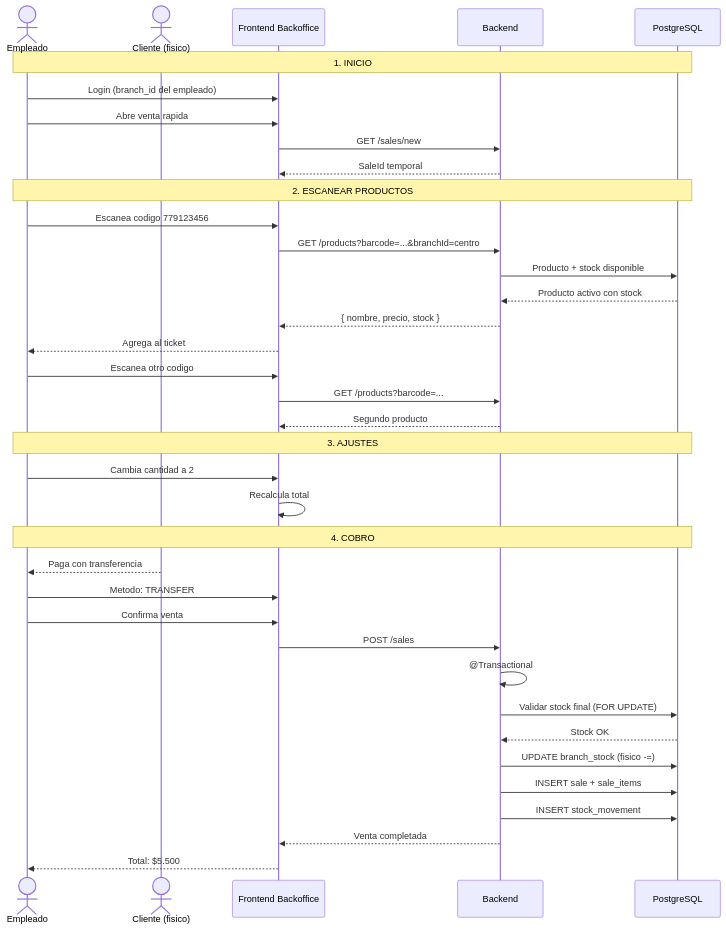
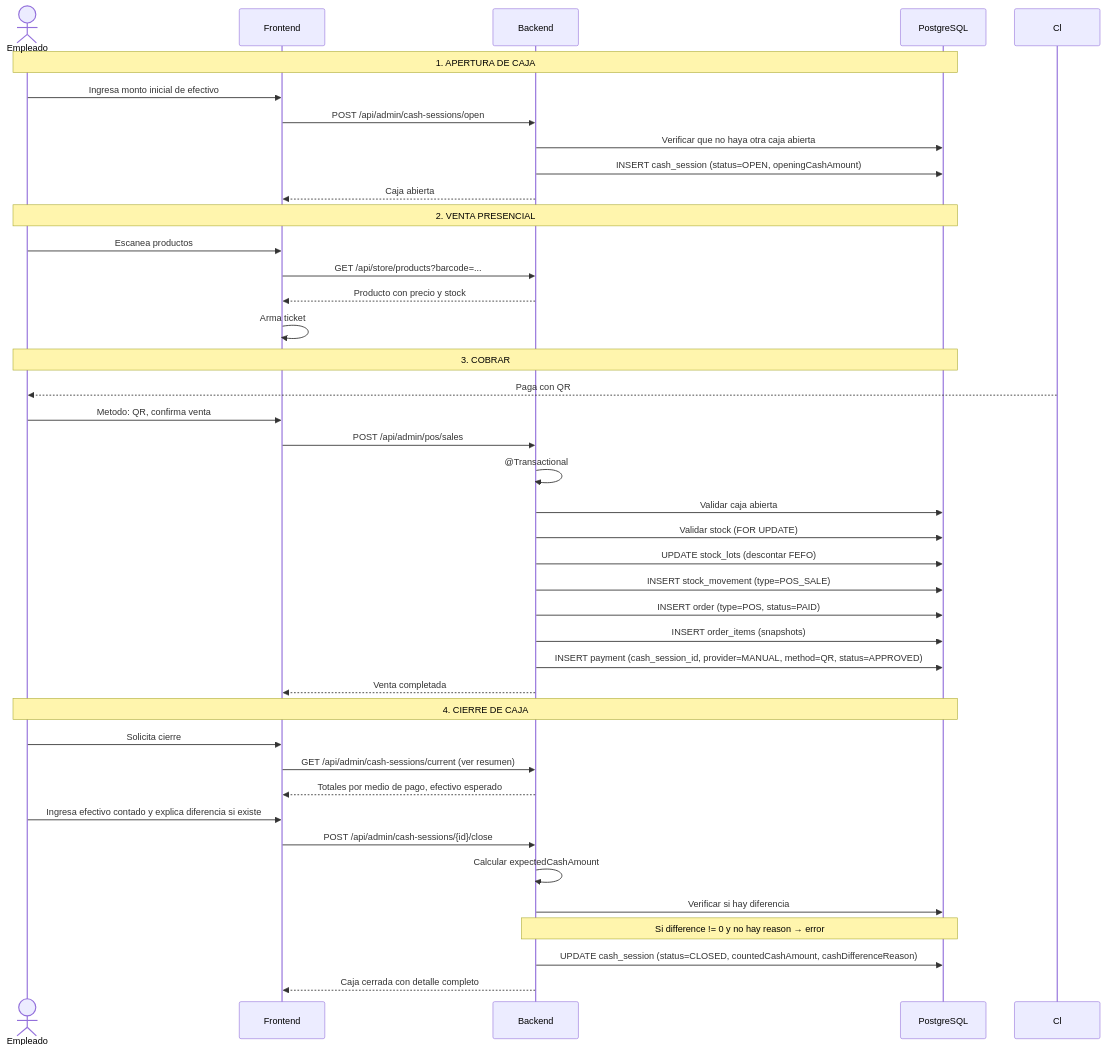
Before and after one commit to NachoOsella/tfi-lembas: the diagram in Documentation/Dietetica Lembas/08 - Procesos/Venta Presencial.md, drawn with Mermaid. The commit also changed other lines of this file and 41 other files, not shown here.

````diff
--- a/Documentation/Dietetica Lembas/08 - Procesos/Venta Presencial.md
+++ b/Documentation/Dietetica Lembas/08 - Procesos/Venta Presencial.md
@@ -15,46 +18,47 @@
 ```mermaid
 %%{init: {"theme": "base", "themeVariables": {"darkMode": true, "background": "#1d2021", "primaryColor": "#32302f", "primaryTextColor": "#d4be98", "primaryBorderColor": "#d4be98", "lineColor": "#d4be98", "secondaryColor": "#32302f", "tertiaryColor": "#1d2021", "textColor": "#d4be98", "noteBkgColor": "#32302f", "noteTextColor": "#d4be98", "noteBorderColor": "#d8a657", "actorBkg": "#32302f", "actorTextColor": "#d4be98", "actorLineColor": "#d4be98", "signalColor": "#7daea3", "signalTextColor": "#d4be98", "labelBoxBkgColor": "#32302f", "labelBoxBorderColor": "#d4be98", "labelTextColor": "#d4be98", "loopTextColor": "#d4be98"}}%%
 sequenceDiagram
     actor E as Empleado
-    actor Cl as Cliente (fisico)
-    participant FE as Frontend Backoffice
+    participant FE as Frontend
     participant BE as Backend
     participant DB as PostgreSQL
 
-    Note over E,DB: 1. INICIO
-    E->>FE: Login (branch_id del empleado)
-    E->>FE: Abre venta rapida
-    FE->>BE: GET /sales/new
-    BE-->>FE: SaleId temporal
+    Note over E,DB: 1. APERTURA DE CAJA
+    E->>FE: Ingresa monto inicial de efectivo
+    FE->>BE: POST /api/admin/cash-sessions/open
+    BE->>DB: Verificar que no haya otra caja abierta
+    BE->>DB: INSERT cash_session (status=OPEN, openingCashAmount)
+    BE-->>FE: Caja abierta
 
-    Note over E,DB: 2. ESCANEAR PRODUCTOS
-    E->>FE: Escanea codigo 779123456
-    FE->>BE: GET /products?barcode=...&branchId=centro
-    BE->>DB: Producto + stock disponible
-    DB-->>BE: Producto activo con stock
-    BE-->>FE: { nombre, precio, stock }
-    FE-->>E: Agrega al ticket
+    Note over E,DB: 2. VENTA PRESENCIAL
+    E->>FE: Escanea productos
+    FE->>BE: GET /api/store/products?barcode=...
+    BE-->>FE: Producto con precio y stock
+    FE->>FE: Arma ticket
 
-    E->>FE: Escanea otro codigo
-    FE->>BE: GET /products?barcode=...
-    BE-->>FE: Segundo producto
+    Note over E,DB: 3. COBRAR
+    Cl-->>E: Paga con QR
+    E->>FE: Metodo: QR, confirma venta
+    FE->>BE: POST /api/admin/pos/sales
+    BE->>BE: @Transactional
+    BE->>DB: Validar caja abierta
+    BE->>DB: Validar stock (FOR UPDATE)
+    BE->>DB: UPDATE stock_lots (descontar FEFO)
+    BE->>DB: INSERT stock_movement (type=POS_SALE)
+    BE->>DB: INSERT order (type=POS, status=PAID)
+    BE->>DB: INSERT order_items (snapshots)
+    BE->>DB: INSERT payment (cash_session_id, provider=MANUAL, method=QR, status=APPROVED)
+    BE-->>FE: Venta completada
 
-    Note over E,DB: 3. AJUSTES
-    E->>FE: Cambia cantidad a 2
-    FE->>FE: Recalcula total
-
-    Note over E,DB: 4. COBRO
-    Cl-->>E: Paga con transferencia
-    E->>FE: Metodo: TRANSFER
-    E->>FE: Confirma venta
-    FE->>BE: POST /sales
-
-    BE->>BE: @Transactional
-    BE->>DB: Validar stock final (FOR UPDATE)
-    DB-->>BE: Stock OK
-    BE->>DB: UPDATE branch_stock (fisico -=)
-    BE->>DB: INSERT sale + sale_items
-    BE->>DB: INSERT stock_movement
-    BE-->>FE: Venta completada
-    FE-->>E: Total: $5.500
+    Note over E,DB: 4. CIERRE DE CAJA
+    E->>FE: Solicita cierre
+    FE->>BE: GET /api/admin/cash-sessions/current (ver resumen)
+    BE-->>FE: Totales por medio de pago, efectivo esperado
+    E->>FE: Ingresa efectivo contado y explica diferencia si existe
+    FE->>BE: POST /api/admin/cash-sessions/{id}/close
+    BE->>BE: Calcular expectedCashAmount
+    BE->>DB: Verificar si hay diferencia
+    Note over BE,DB: Si difference != 0 y no hay reason → error
+    BE->>DB: UPDATE cash_session (status=CLOSED, countedCashAmount, cashDifferenceReason)
+    BE-->>FE: Caja cerrada con detalle completo
 ```
````
